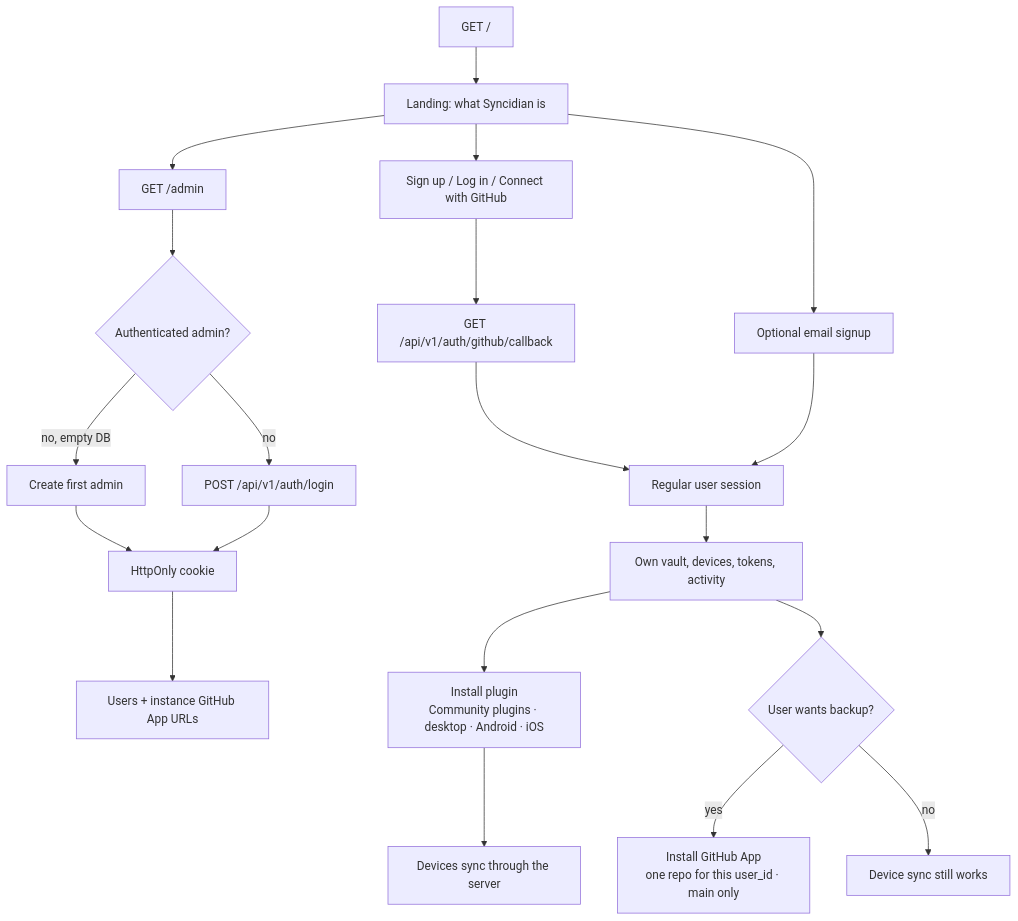
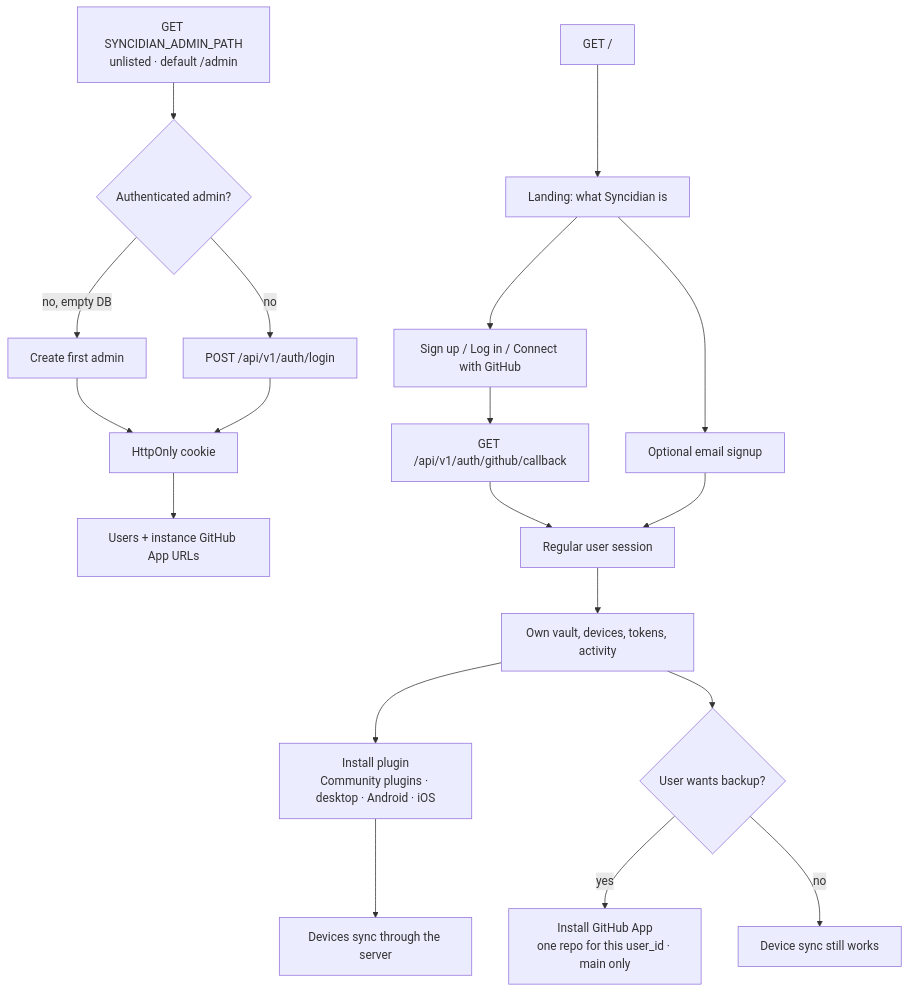
Before and after one commit to shangeethsivan/Syncidian: the fourth of 13 diagrams in docs/architecture.md, drawn with Mermaid. The commit also changed other lines of this file and 15 other files, not shown here.

````diff
--- a/docs/architecture.md
+++ b/docs/architecture.md
@@ -138,24 +138,23 @@
 ```mermaid
 flowchart TD
   Open["GET /"] --> Land["Landing: what Syncidian is"]
   Land --> GH["Sign up / Log in / Connect with GitHub"]
   Land --> Email["Optional email signup"]
-  Land --> AdminLink["GET /admin"]
 
-  AdminLink --> Auth{"Authenticated admin?"}
+  Ops["GET SYNCIDIAN_ADMIN_PATH<br/>unlisted · default /admin"] --> Auth{"Authenticated admin?"}
   Auth -->|no, empty DB| Form["Create first admin"]
   Auth -->|no| Login["POST /api/v1/auth/login"]
   Form --> Cookie["HttpOnly cookie"]
   Login --> Cookie
   Cookie --> Manage["Users + instance GitHub App URLs"]
 
   GH --> OAuth["GET /api/v1/auth/github/callback"]
   OAuth --> User["Regular user session"]
   Email --> User
   User --> Own["Own vault, devices, tokens, activity"]
   Own --> Plug["Install plugin<br/>Community plugins · desktop · Android · iOS"]
   Plug --> Sync["Devices sync through the server"]
   Own --> Backup{"User wants backup?"}
   Backup -->|yes| One["Install GitHub App<br/>one repo for this user_id · main only"]
   Backup -->|no| SyncOnly["Device sync still works"]
 ```
````
